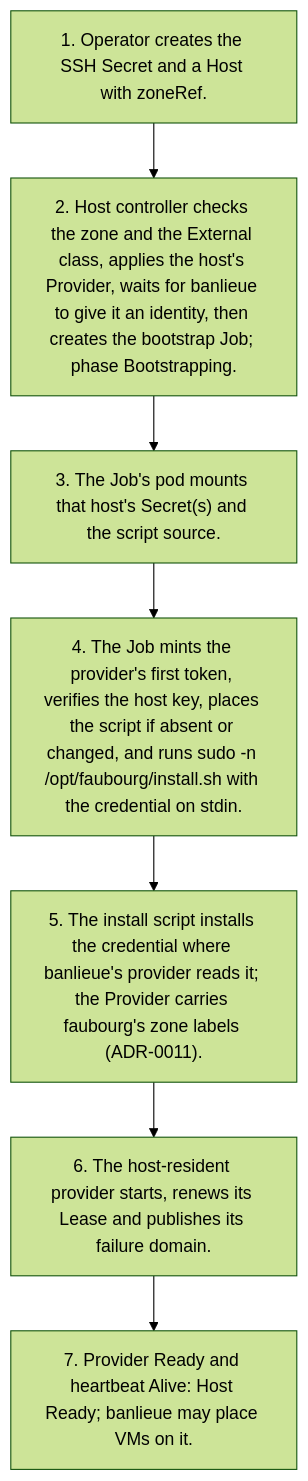
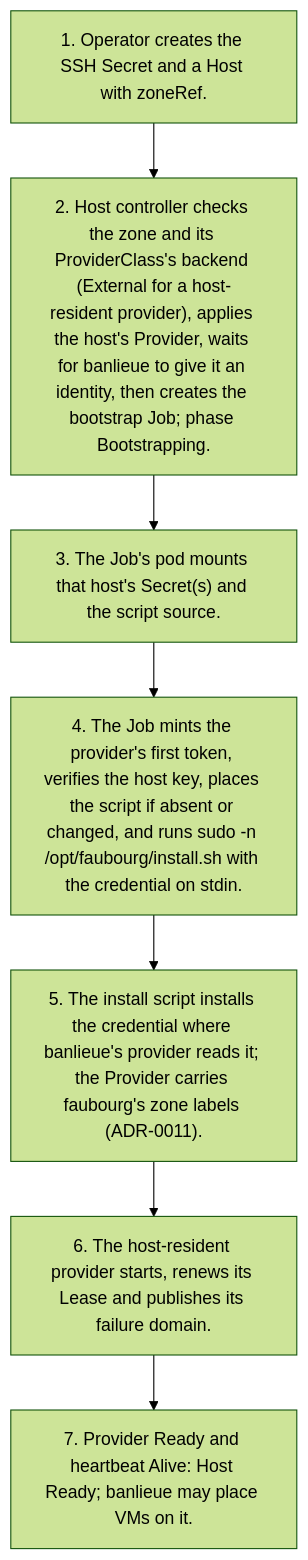
Before and after one commit to firestoned/faubourg: the first of 2 diagrams in docs/architecture/diagrams/flows.md, drawn with Mermaid (forest theme). The commit also changed other lines of this file and 12 other files, not shown here.

First line of the commit message:
docs(adr): accept ADR-0018, a zone names its provider class (roadmap 04) (#32)

````diff
--- a/docs/architecture/diagrams/flows.md
+++ b/docs/architecture/diagrams/flows.md
@@ -22,11 +22,11 @@
 ```mermaid
 flowchart TD
     t1["1. Operator creates the SSH Secret and a Host with zoneRef."]
-    t2["2. Host controller checks the zone and the External class, applies the host's Provider, waits for banlieue to give it an identity, then creates the bootstrap Job; phase Bootstrapping."]
+    t2["2. Host controller checks the zone and its ProviderClass's backend (External for a host-resident provider), applies the host's Provider, waits for banlieue to give it an identity, then creates the bootstrap Job; phase Bootstrapping."]
     t3["3. The Job's pod mounts that host's Secret(s) and the script source."]
     t4["4. The Job mints the provider's first token, verifies the host key, places the script if absent or changed, and runs sudo -n /opt/faubourg/install.sh with the credential on stdin."]
     t5["5. The install script installs the credential where banlieue's provider reads it; the Provider carries faubourg's zone labels (ADR-0011)."]
     t6["6. The host-resident provider starts, renews its Lease and publishes its failure domain."]
     t7["7. Provider Ready and heartbeat Alive: Host Ready; banlieue may place VMs on it."]
     t1 --> t2 --> t3 --> t4 --> t5 --> t6 --> t7
 ```
````
